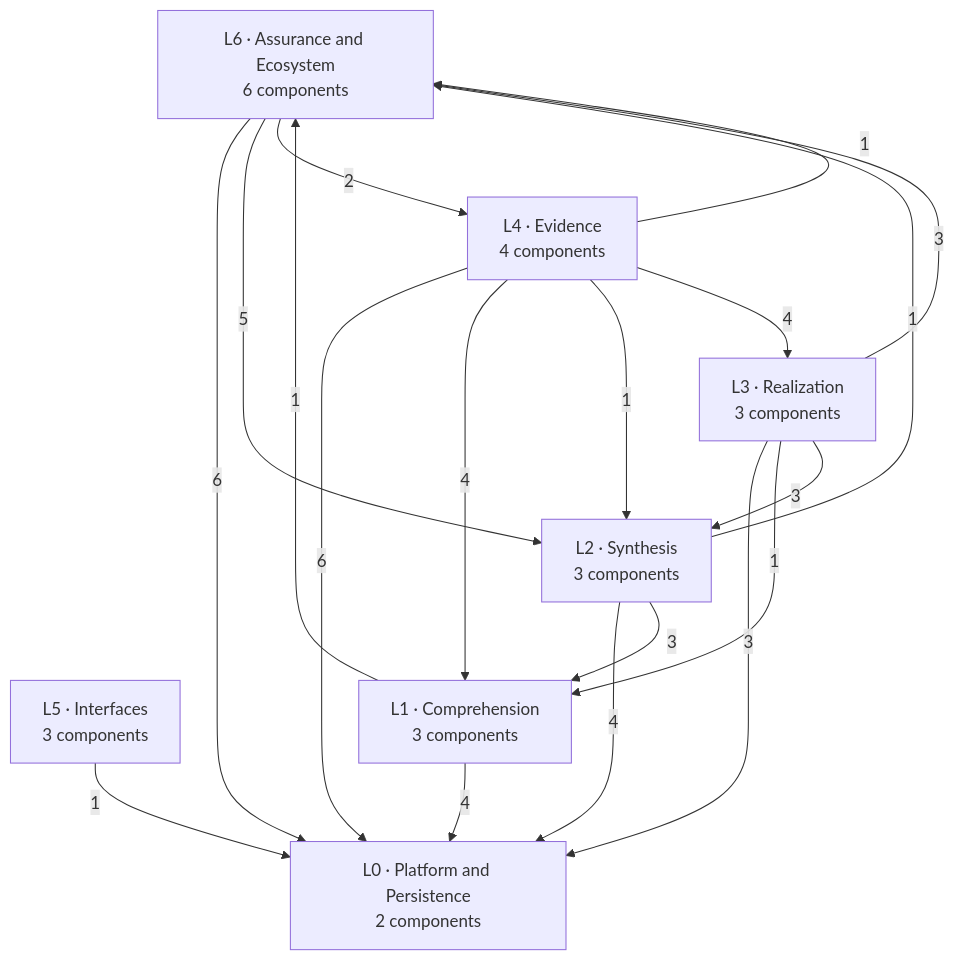
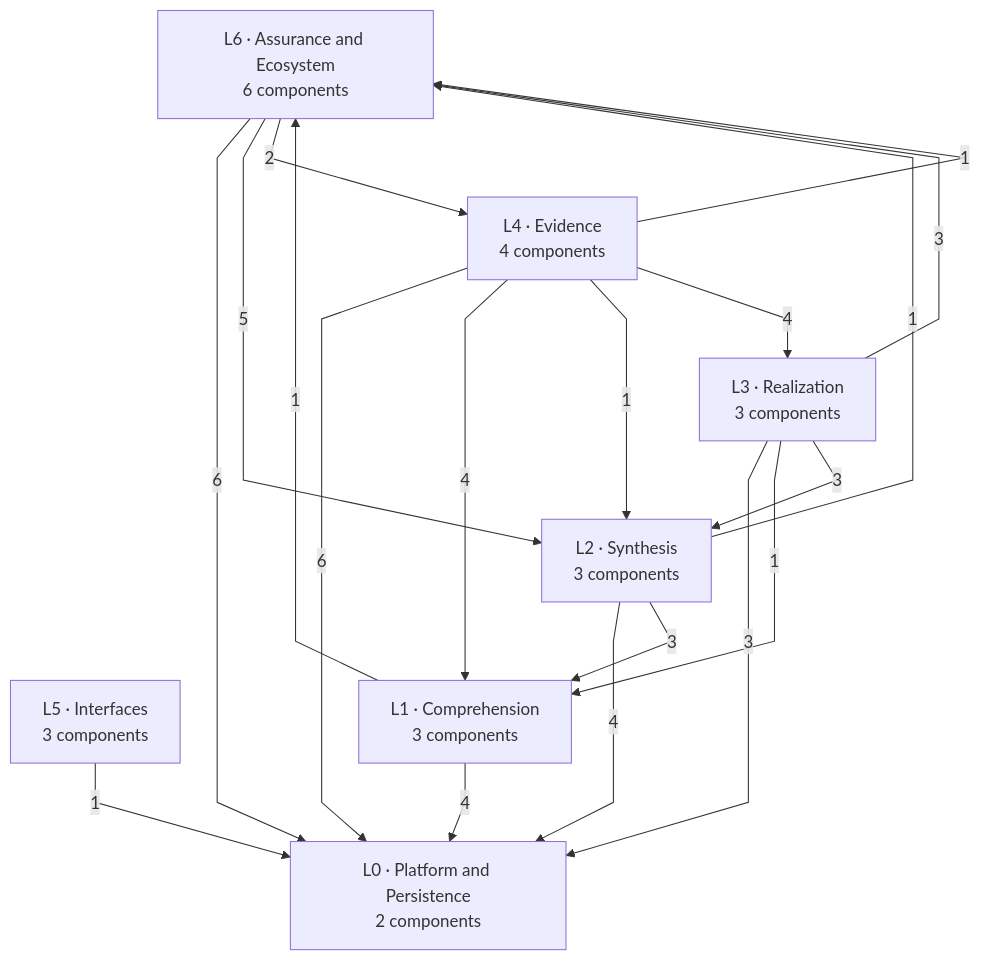
One commit to suduli/embedded-c-unit-test-tool changed the first of 9 diagrams in design/architecture-diagrams.md. Above: the diagram before and after it, drawn with Mermaid. The commit also changed other lines of this file and 11 other files, not shown here.

First line of the commit message:
Fix non-uniform boxes and curved edges in the Mermaid diagrams; drop D2

````diff
--- a/design/architecture-diagrams.md
+++ b/design/architecture-diagrams.md
@@ -18,28 +18,29 @@
 ```mermaid
+%%{init: {'flowchart': {'curve': 'linear'}}}%%
 flowchart TD
   L6["L6 · Assurance and Ecosystem<br/>6 components"]
   L5["L5 · Interfaces<br/>3 components"]
   L4["L4 · Evidence<br/>4 components"]
   L3["L3 · Realization<br/>3 components"]
   L2["L2 · Synthesis<br/>3 components"]
   L1["L1 · Comprehension<br/>3 components"]
   L0["L0 · Platform and Persistence<br/>2 components"]
   L1 -->|4| L0
   L1 -->|1| L6
   L2 -->|4| L0
   L2 -->|3| L1
   L2 -->|1| L6
   L3 -->|3| L0
   L3 -->|1| L1
   L3 -->|3| L2
   L3 -->|3| L6
   L4 -->|6| L0
   L4 -->|4| L1
   L4 -->|1| L2
   L4 -->|4| L3
   L4 -->|1| L6
   L5 -->|1| L0
   L6 -->|6| L0
   L6 -->|5| L2
   L6 -->|2| L4
 ```
````
